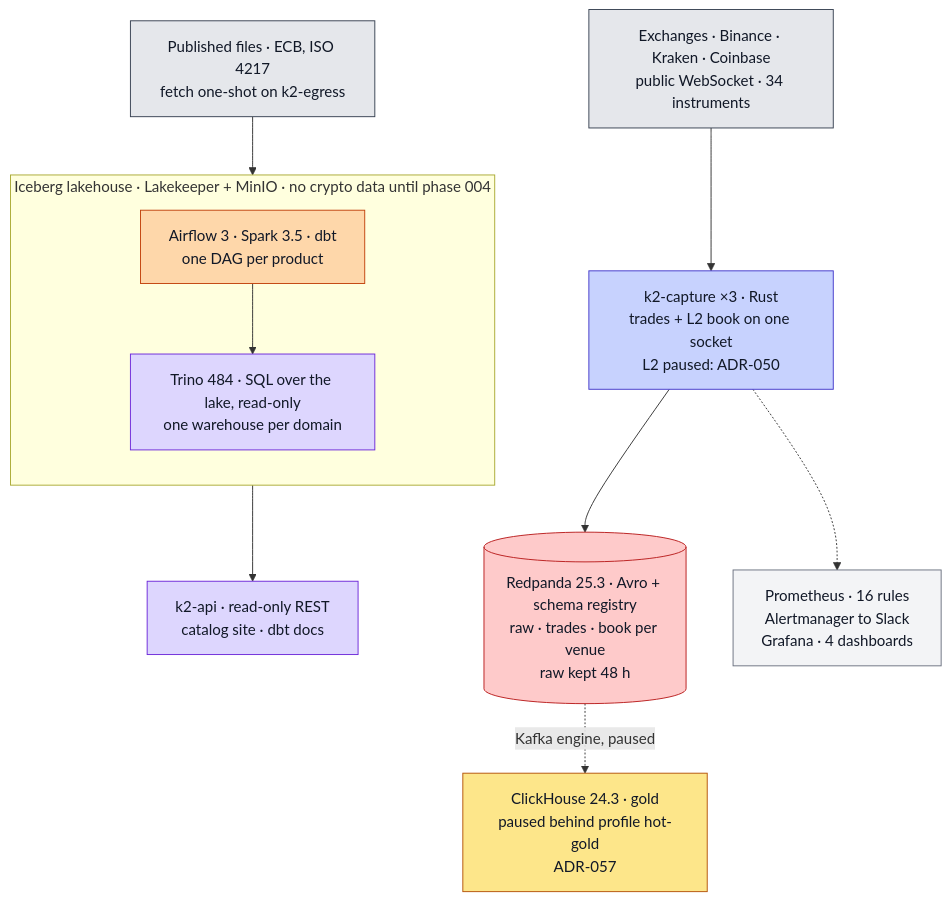
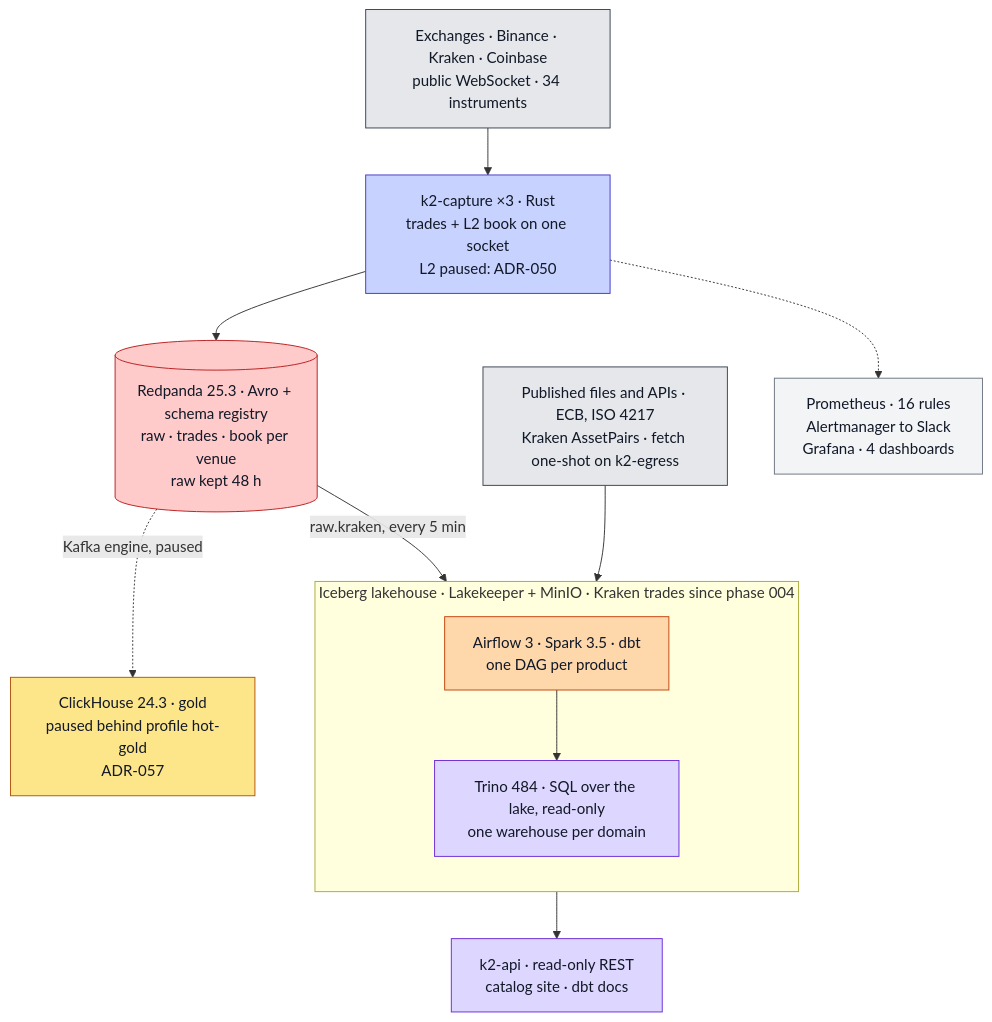
The diagram in README.md (rjdscott/k2-market-data-platform), drawn with Mermaid before and after one commit. The commit also changed other lines of this file and 10 other files, not shown here.

First line of the commit message:
docs: the running system since phase 004 went live as rc.1

````diff
--- a/README.md
+++ b/README.md
@@ -80,28 +82,29 @@
 ```mermaid
 flowchart TB
   E["Exchanges · Binance · Kraken · Coinbase<br/>public WebSocket · 34 instruments"]:::ex
   F["k2-capture ×3 · Rust<br/>trades + L2 book on one socket<br/>L2 paused: ADR-050"]:::rs
   R[("Redpanda 25.3 · Avro + schema registry<br/>raw · trades · book per venue<br/>raw kept 48 h")]:::rp
   C["ClickHouse 24.3 · gold<br/>paused behind profile hot-gold<br/>ADR-057"]:::ch
-  P["Published files · ECB, ISO 4217<br/>fetch one-shot on k2-egress"]:::ex
-  subgraph L["Iceberg lakehouse · Lakekeeper + MinIO · no crypto data until phase 004"]
+  P["Published files and APIs · ECB, ISO 4217<br/>Kraken AssetPairs · fetch one-shot on k2-egress"]:::ex
+  subgraph L["Iceberg lakehouse · Lakekeeper + MinIO · Kraken trades since phase 004"]
     direction TB
     S["Airflow 3 · Spark 3.5 · dbt<br/>one DAG per product"]:::sp
     T["Trino 484 · SQL over the lake, read-only<br/>one warehouse per domain"]:::nb
   end
   A["k2-api · read-only REST<br/>catalog site · dbt docs"]:::nb
   O["Prometheus · 16 rules<br/>Alertmanager to Slack<br/>Grafana · 4 dashboards"]:::ob
 
   E --> F --> R
   R -.->|Kafka engine, paused| C
+  R -->|raw.kraken, every 5 min| S
   P --> S --> T --> A
   F -.-> O
 
   classDef ex fill:#e5e7eb,stroke:#374151,color:#111827
   classDef rs fill:#c7d2fe,stroke:#4338ca,color:#111827
   classDef rp fill:#fecaca,stroke:#b91c1c,color:#111827
   classDef sp fill:#fed7aa,stroke:#c2410c,color:#111827
   classDef ch fill:#fde68a,stroke:#b45309,color:#111827
   classDef nb fill:#ddd6fe,stroke:#6d28d9,color:#111827
   classDef ob fill:#f3f4f6,stroke:#6b7280,color:#111827
 ```
````
